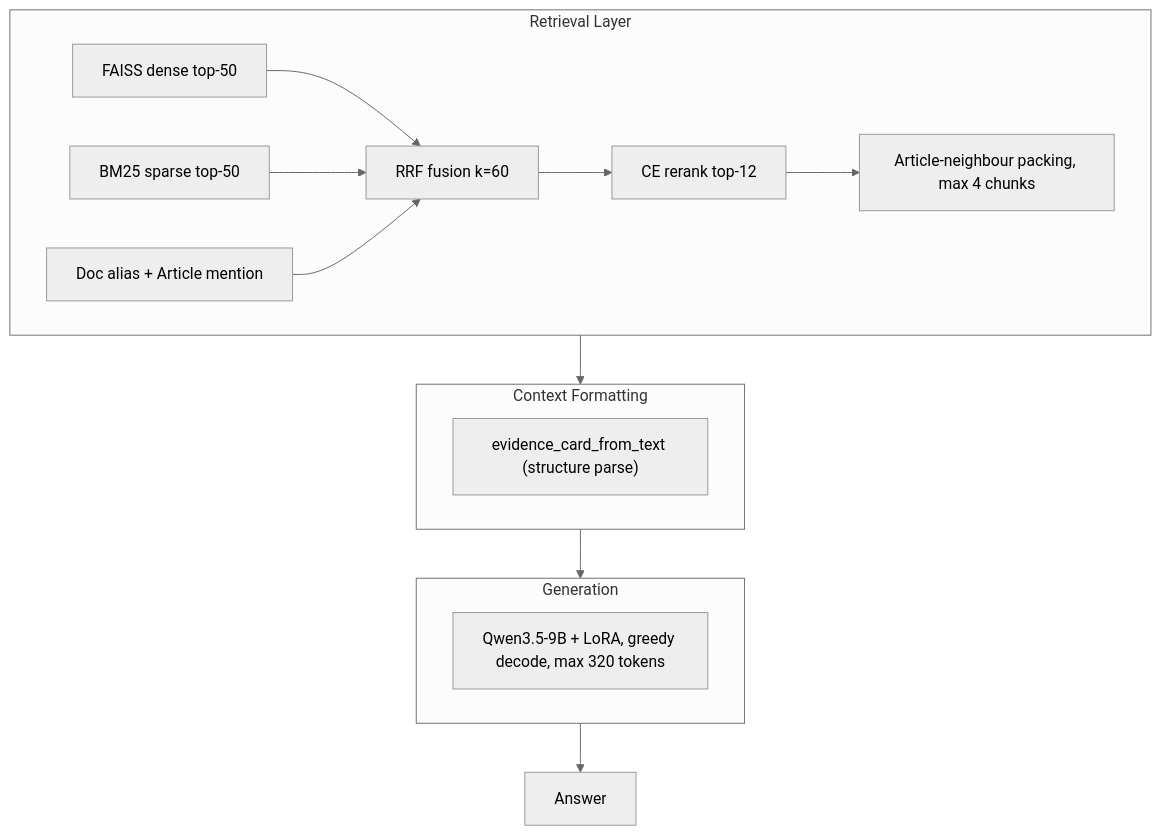
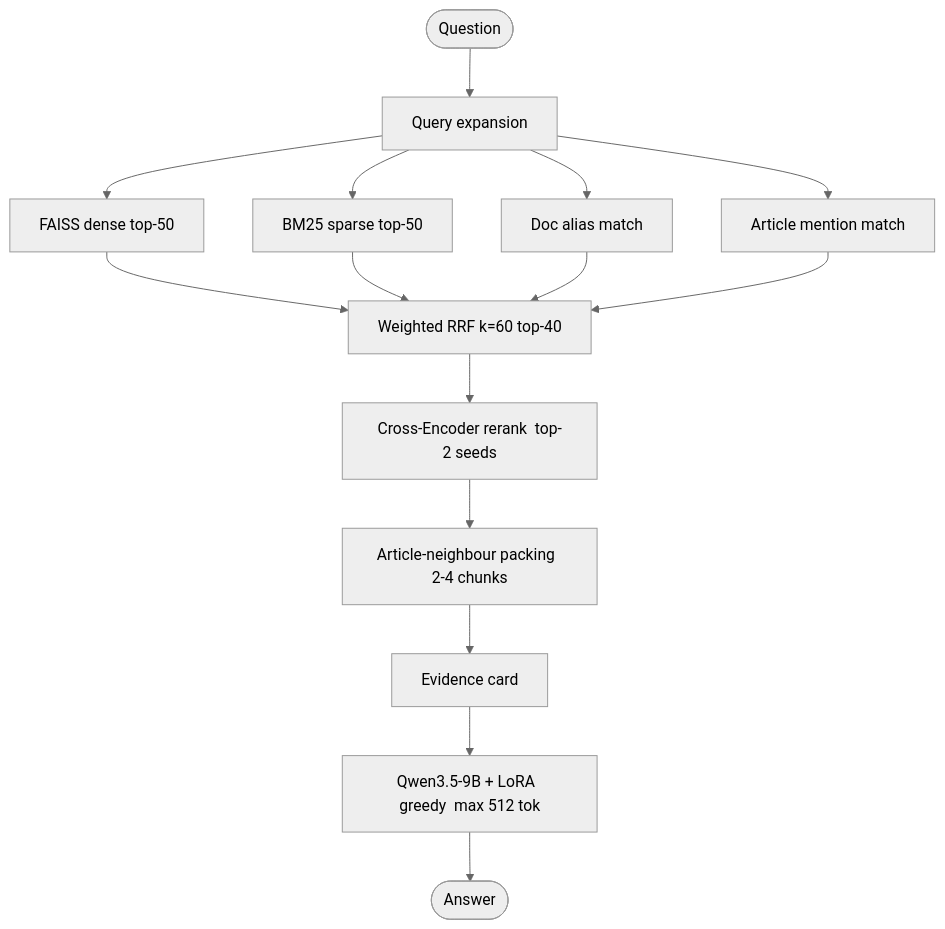
Before and after one commit to Anakonkai01/nlp-traffic-laws: the third of 13 diagrams in docs/NLP_REPORT_EN_DEEP.md, drawn with Mermaid (neutral theme). The commit also changed other lines of this file and 49 other files, not shown here.

Commit message:
Refine deep-dive report: chunking examples, MNR fine-tune explanation with examples, retrieval/ablation charts

````diff
--- a/docs/NLP_REPORT_EN_DEEP.md
+++ b/docs/NLP_REPORT_EN_DEEP.md
@@ -168,18 +168,14 @@
 ```mermaid
 flowchart TB
-    subgraph RET["Retrieval Layer"]
-        R1["FAISS dense top-50"]
-        R2["BM25 sparse top-50"]
-        R3["Doc alias + Article mention"]
-        R1 & R2 & R3 --> RRF["RRF fusion k=60"]
-        RRF --> CE["CE rerank top-12"]
-        CE --> PACK["Article-neighbour packing, max 4 chunks"]
-    end
-    subgraph FMT["Context Formatting"]
-        F1["evidence_card_from_text (structure parse)"]
-    end
-    subgraph GEN["Generation"]
-        G1["Qwen3.5-9B + LoRA, greedy decode, max 320 tokens"]
-    end
-    RET --> FMT --> GEN --> ANS["Answer"]
+    Q(["Question"]) --> QE["Query expansion"]
+    QE --> FA["FAISS dense  top-50"]
+    QE --> BM["BM25 sparse  top-50"]
+    QE --> AL["Doc alias match"]
+    QE --> AR["Article mention match"]
+    FA & BM & AL & AR --> RRF["Weighted RRF  k=60  top-40"]
+    RRF --> CE["Cross-Encoder rerank  top-2 seeds"]
+    CE --> PK["Article-neighbour packing  2-4 chunks"]
+    PK --> EV["Evidence card"]
+    EV --> GEN["Qwen3.5-9B + LoRA  greedy  max 512 tok"]
+    GEN --> ANS(["Answer"])
 ```
````
